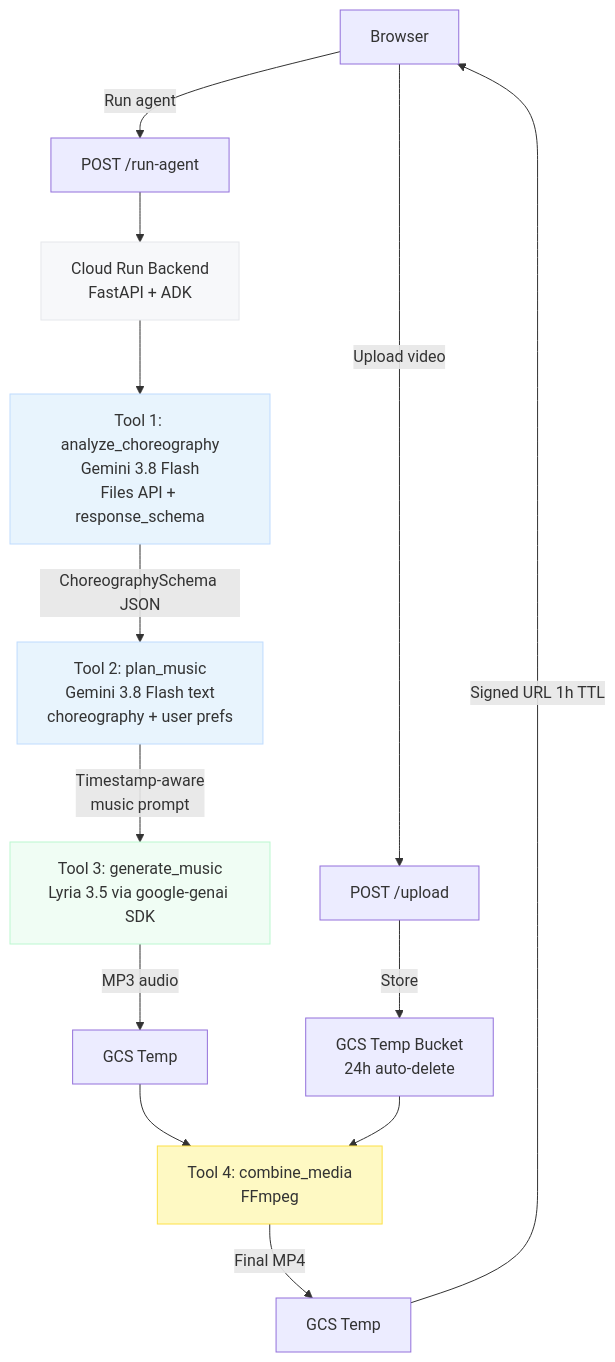
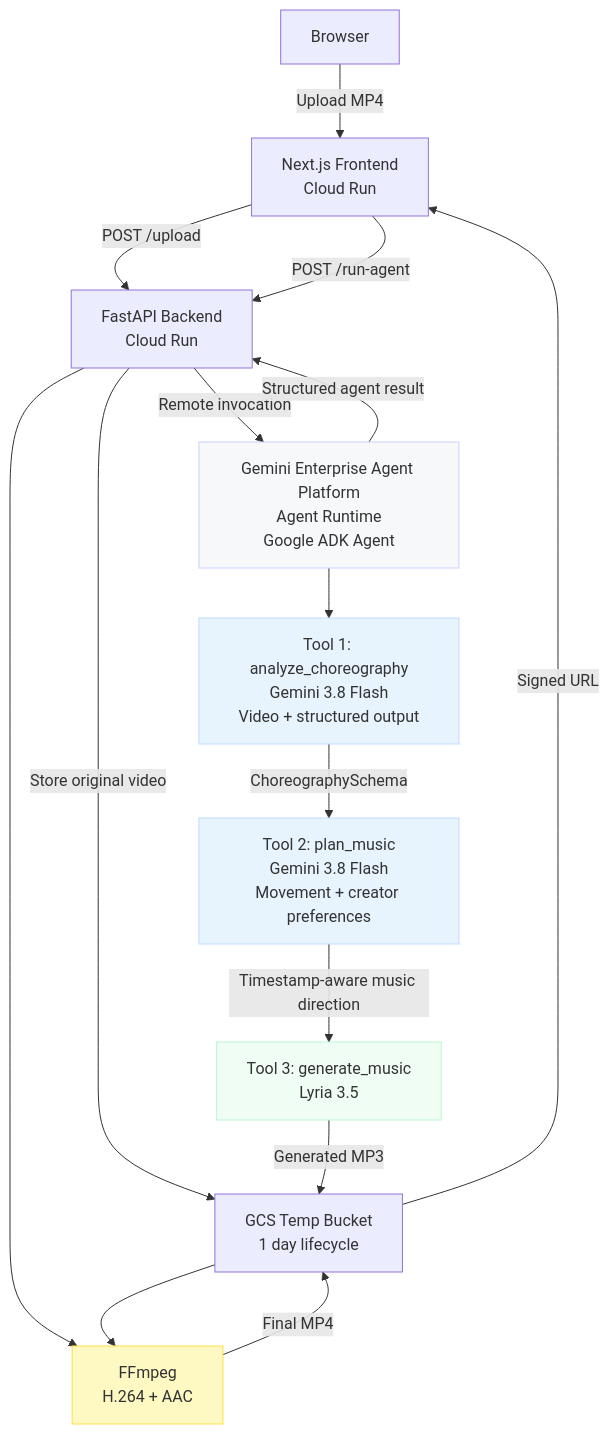
Before and after one commit to PrathmeshAdsod/MoveScore: the diagram in README.md, drawn with Mermaid. The commit also changed other lines of this file, not shown here.

````diff
--- a/README.md
+++ b/README.md
@@ -43,22 +68,26 @@
 ```mermaid
 flowchart TD
-    A[Browser] -->|Upload video| B[POST /upload]
-    B -->|Store| C[GCS Temp Bucket\n24h auto-delete]
-    A -->|Run agent| D[POST /run-agent]
-    D --> E[Cloud Run Backend\nFastAPI + ADK]
+    A[Browser] -->|Upload MP4| B[Next.js Frontend\nCloud Run]
+    B -->|POST /upload| C[FastAPI Backend\nCloud Run]
+    C -->|Store original video| D[GCS Temp Bucket\n1 day lifecycle]
 
-    E --> F[Tool 1: analyze_choreography\nGemini 3.8 Flash\nFiles API + response_schema]
-    F -->|ChoreographySchema JSON| G[Tool 2: plan_music\nGemini 3.8 Flash text\nchoreography + user prefs]
-    G -->|Timestamp-aware\nmusic prompt| H[Tool 3: generate_music\nLyria 3.5 via google-genai SDK]
-    H -->|MP3 audio| I[GCS Temp]
-    I --> J[Tool 4: combine_media\nFFmpeg]
-    C --> J
-    J -->|Final MP4| K[GCS Temp]
-    K -->|Signed URL 1h TTL| A
+    B -->|POST /run-agent| C
+    C -->|Remote invocation| E[Gemini Enterprise Agent Platform\nAgent Runtime\nGoogle ADK Agent]
 
-    style E fill:#f7f8fa,stroke:#e5e7eb
+    E --> F[Tool 1: analyze_choreography\nGemini 3.8 Flash\nVideo + structured output]
+    F -->|ChoreographySchema| G[Tool 2: plan_music\nGemini 3.8 Flash\nMovement + creator preferences]
+    G -->|Timestamp-aware music direction| H[Tool 3: generate_music\nLyria 3.5]
+    H -->|Generated MP3| D
+
+    E -->|Structured agent result| C
+    C --> I[FFmpeg\nH.264 + AAC]
+    D --> I
+    I -->|Final MP4| D
+    D -->|Signed URL| B
+
+    style E fill:#f7f8fa,stroke:#c7d2fe
     style F fill:#e8f4fd,stroke:#bfdbfe
     style G fill:#e8f4fd,stroke:#bfdbfe
     style H fill:#f0fdf4,stroke:#bbf7d0
-    style J fill:#fef9c3,stroke:#fde047
+    style I fill:#fef9c3,stroke:#fde047
 ```
````
